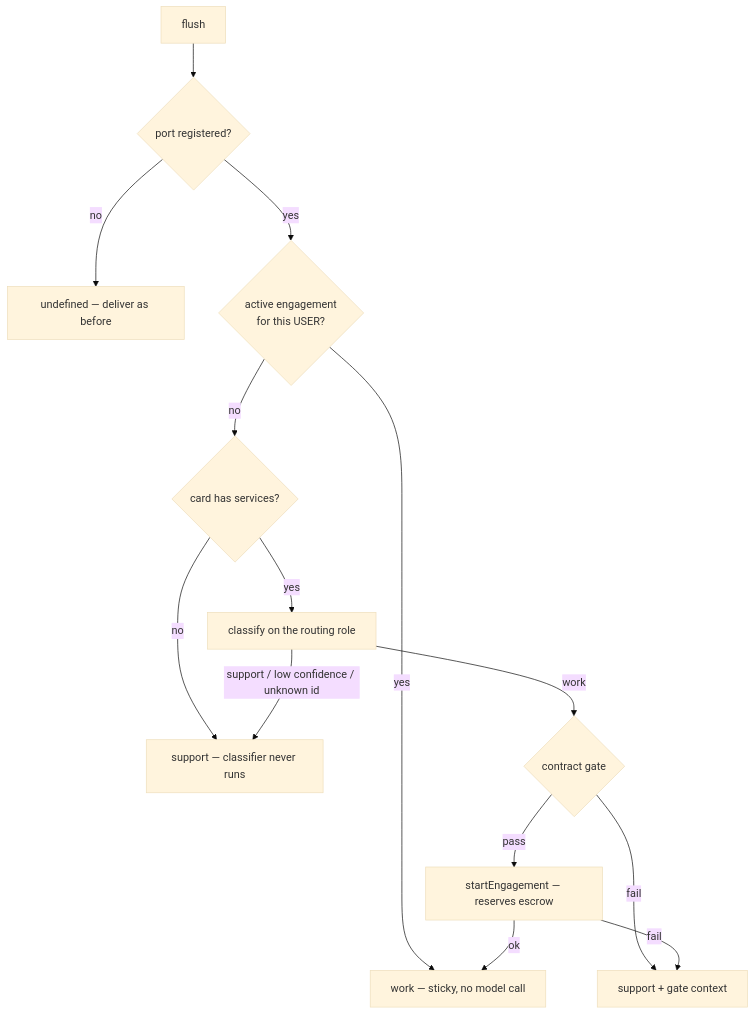
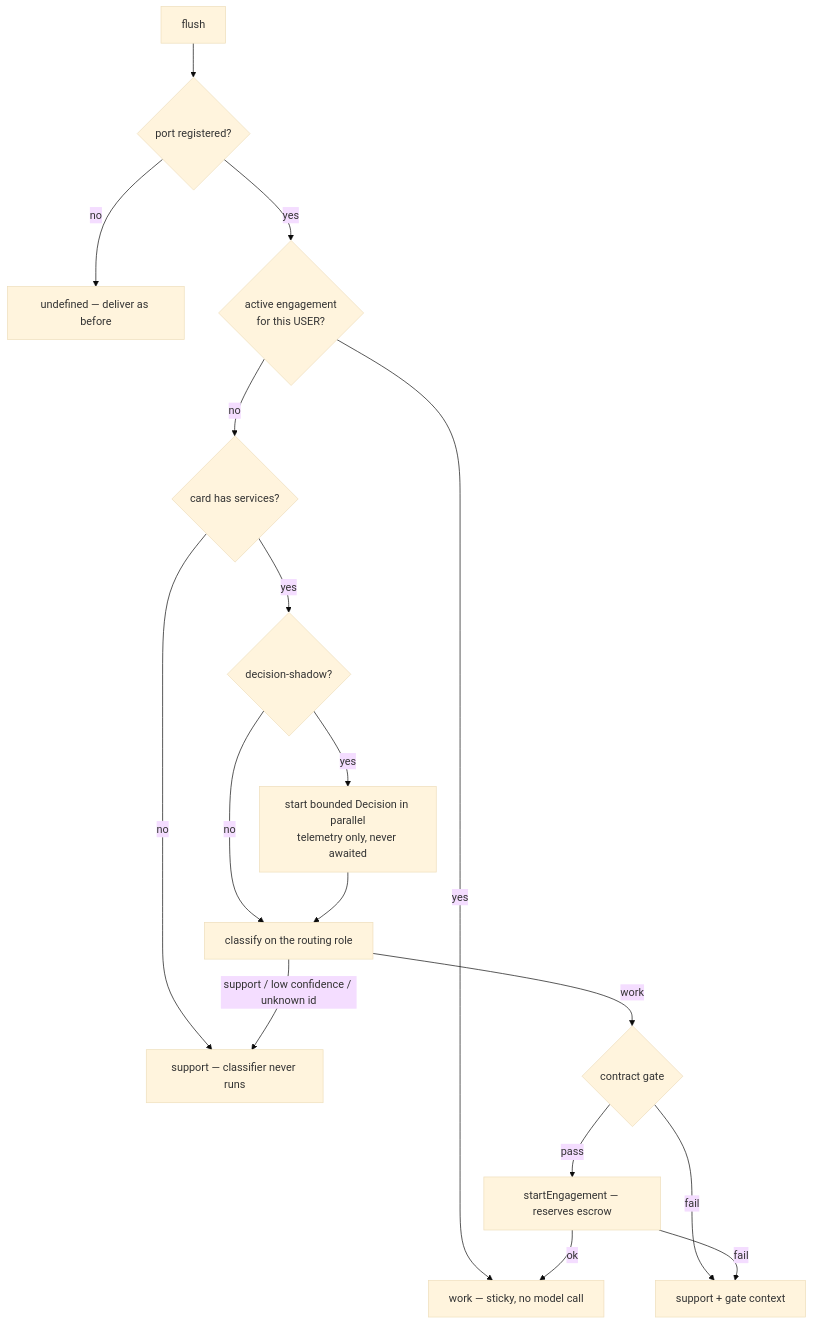
Before and after one commit to ixoworld/qiforge: the diagram in docs/architecture/matrix-commerce.md, drawn with Mermaid (base theme). The commit also changed other lines of this file, not shown here.

Commit message:
docs(payments): document bounded Decision shadow routing

````diff
--- a/docs/architecture/matrix-commerce.md
+++ b/docs/architecture/matrix-commerce.md
@@ -31,16 +31,19 @@
 ```mermaid
 graph TD
     F[flush] --> P{port registered?}
     P -->|no| PASS[undefined — deliver as before]
     P -->|yes| E{active engagement<br/>for this USER?}
     E -->|yes| W[work — sticky, no model call]
     E -->|no| C{card has services?}
     C -->|no| S[support — classifier never runs]
-    C -->|yes| CLS[classify on the routing role]
+    C -->|yes| SH{decision-shadow?}
+    SH -->|yes| JEV[start bounded Decision in parallel<br/>telemetry only, never awaited]
+    SH -->|no| CLS[classify on the routing role]
+    JEV --> CLS
     CLS -->|support / low confidence / unknown id| S
     CLS -->|work| G{contract gate}
     G -->|fail| SG[support + gate context]
     G -->|pass| I[startEngagement — reserves escrow]
     I -->|fail| SG
     I -->|ok| W
 ```
````
